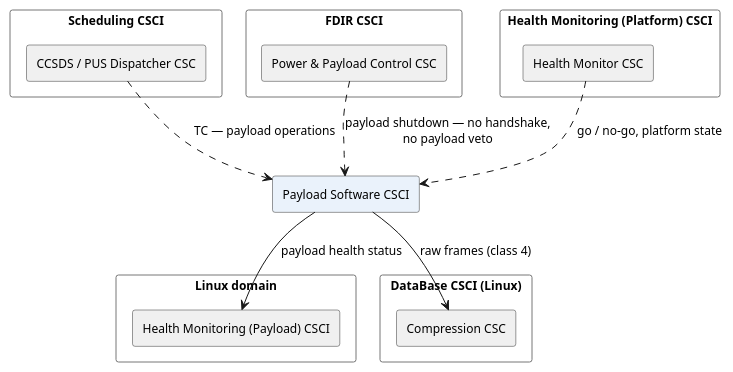
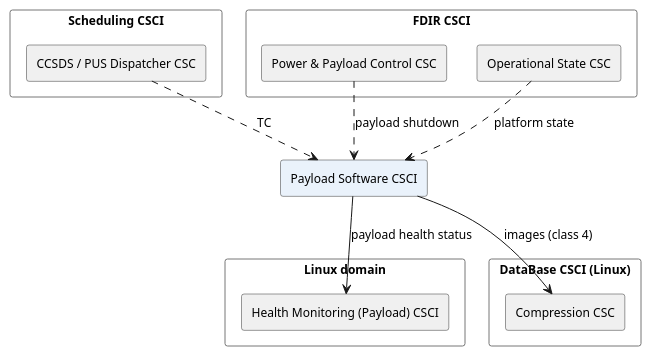
The diagram in docs/puml/obc-csci-payload.puml (seapit/urban-memory), drawn with PlantUML before and after one commit. The commit also changed 8 other files, not shown here.

Commit message:
Update plantuml sources, add linux-domain database diagram

```diff
--- a/docs/puml/obc-csci-payload.puml
+++ b/docs/puml/obc-csci-payload.puml
@@ -1,54 +1,44 @@
 @startuml
-' Payload Software CSCI — the CSCI in full, with every relation that crosses its boundary.
-' Everything drawn in grey is context: it is shown only far enough to say what
-' this CSCI talks to. The whole picture is in obc-csci-full.puml.
-' GENERATED from obc-csci-full.puml — edit that file, then re-run split.py.
-
 skinparam componentStyle rectangle
 skinparam packageStyle rectangle
 skinparam shadowing false
 skinparam nodesep 30
 skinparam ranksep 58
 skinparam defaultFontSize 12
 skinparam wrapWidth 240
 skinparam package {
   BackgroundColor #FFFFFF
   BorderColor #777777
 }
 skinparam component {
   BackgroundColor #FFFFFF
   BorderColor #333333
 }
 skinparam database {
   BackgroundColor #FFFFFF
   BorderColor #333333
 }
 
-' ---------------------------------------------- the CSCI under view
 component "Payload Software CSCI" as PAY #EAF2FB
 
-' ---------------------------------------------- context only
 package "Linux domain" as LINDOM {
   component "Health Monitoring (Payload) CSCI" as PHM #F0F0F0
 }
 package "DataBase CSCI (Linux)" as DBLX {
   component "Compression CSC" as COMP #F0F0F0
 }
 package "Scheduling CSCI" as SCHED {
   component "CCSDS / PUS Dispatcher CSC" as CCSDS #F0F0F0
 }
 package "FDIR CSCI" as FDIR {
   component "Power & Payload Control CSC" as PPC #F0F0F0
-}
-package "Health Monitoring (Platform) CSCI" as HM {
-  component "Health Monitor CSC" as HMON #F0F0F0
+  component "Operational State CSC" as STATES #F0F0F0
 }
 
-' ---------------------------------------------- across its boundary
 PAY --> PHM : payload health status
-PAY --> COMP : raw frames (class 4)
-CCSDS ..> PAY : TC — payload operations
-PPC ..> PAY : payload shutdown — no handshake,\nno payload veto
-HMON ..> PAY : go / no-go, platform state
+PAY --> COMP : images (class 4)
+CCSDS ..> PAY : TC
+PPC ..> PAY : payload shutdown
+STATES ..> PAY : platform state
 
 @enduml
```
